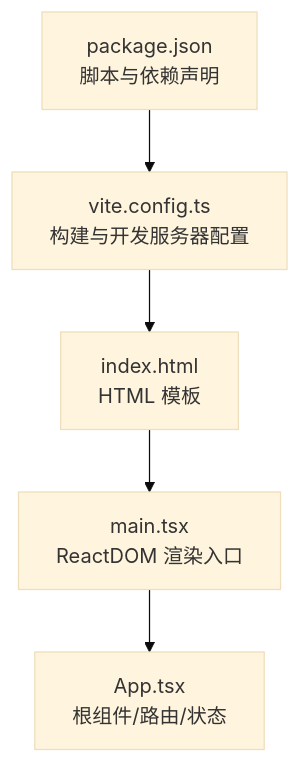
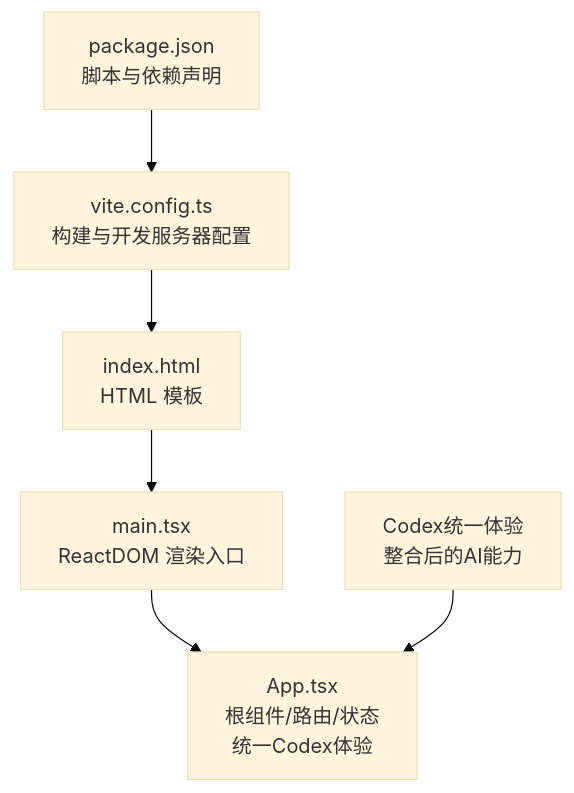
One commit to iljahofbauer219-lang/yandu changed the first of 5 diagrams in .qoder/repowiki/zh/content/系统架构/渲染进程架构/应用入口与初始化.md. Above: the diagram before and after it, drawn with Mermaid (base theme). The commit also changed other lines of this file and 630 other files, not shown here.

````diff
--- a/.qoder/repowiki/zh/content/系统架构/渲染进程架构/应用入口与初始化.md
+++ b/.qoder/repowiki/zh/content/系统架构/渲染进程架构/应用入口与初始化.md
@@ -31,7 +40,8 @@
 ```mermaid
 graph TB
 A["index.html<br/>HTML 模板"] --> B["main.tsx<br/>ReactDOM 渲染入口"]
-B --> C["App.tsx<br/>根组件/路由/状态"]
+B --> C["App.tsx<br/>根组件/路由/状态<br/>统一Codex体验"]
 D["vite.config.ts<br/>构建与开发服务器配置"] --> A
 E["package.json<br/>脚本与依赖声明"] --> D
+F["Codex统一体验<br/>整合后的AI能力"] --> C
 ```
````
